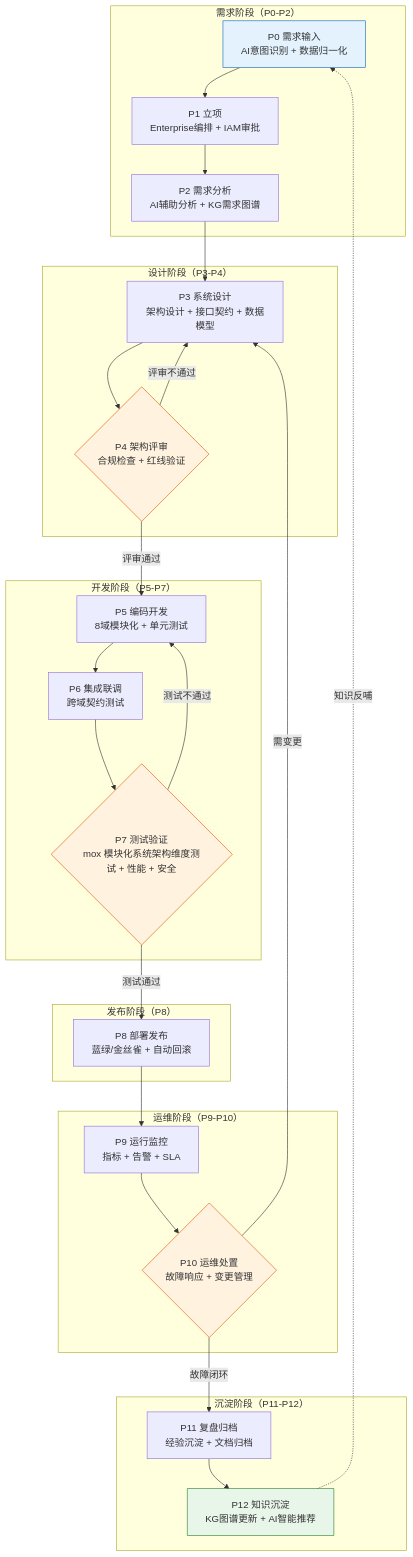
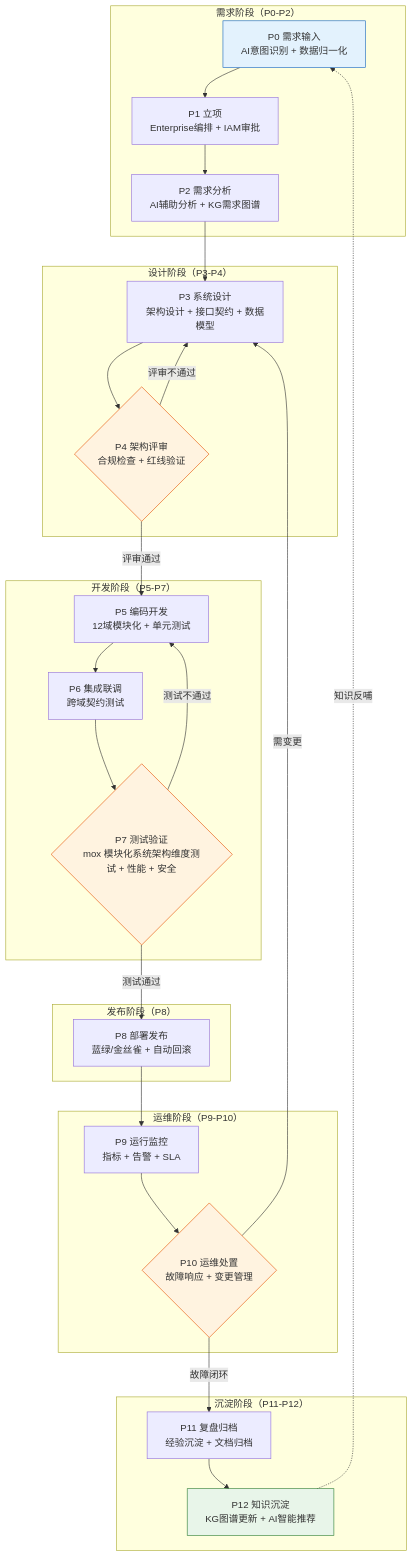
The first of 5 diagrams in docs/architecture/rust-enterprise/02-business-flow.md (aikjx/mox), drawn with Mermaid before and after one commit. The commit also changed 37 other files, not shown here.

Commit message:
docs(architecture): 归一化架构文档并统一端口与域数口径

````diff
--- a/docs/architecture/rust-enterprise/02-business-flow.md
+++ b/docs/architecture/rust-enterprise/02-business-flow.md
@@ -19,51 +19,51 @@
 ```mermaid
 flowchart TD
     subgraph 需求阶段["需求阶段（P0-P2）"]
         P0["P0 需求输入<br/>AI意图识别 + 数据归一化"]
         P1["P1 立项<br/>Enterprise编排 + IAM审批"]
         P2["P2 需求分析<br/>AI辅助分析 + KG需求图谱"]
     end
 
     subgraph 设计阶段["设计阶段（P3-P4）"]
         P3["P3 系统设计<br/>架构设计 + 接口契约 + 数据模型"]
         P4{"P4 架构评审<br/>合规检查 + 红线验证"}
     end
 
     subgraph 开发阶段["开发阶段（P5-P7）"]
-        P5["P5 编码开发<br/>8域模块化 + 单元测试"]
+        P5["P5 编码开发<br/>12域模块化 + 单元测试"]
         P6["P6 集成联调<br/>跨域契约测试"]
         P7{"P7 测试验证<br/>mox 模块化系统架构维度测试 + 性能 + 安全"}
     end
 
     subgraph 发布阶段["发布阶段（P8）"]
         P8["P8 部署发布<br/>蓝绿/金丝雀 + 自动回滚"]
     end
 
     subgraph 运维阶段["运维阶段（P9-P10）"]
         P9["P9 运行监控<br/>指标 + 告警 + SLA"]
         P10{"P10 运维处置<br/>故障响应 + 变更管理"}
     end
 
     subgraph 沉淀阶段["沉淀阶段（P11-P12）"]
         P11["P11 复盘归档<br/>经验沉淀 + 文档归档"]
         P12["P12 知识沉淀<br/>KG图谱更新 + AI智能推荐"]
     end
 
     P0 --> P1 --> P2 --> P3 --> P4
     P4 -->|评审通过| P5
     P4 -->|评审不通过| P3
     P5 --> P6 --> P7
     P7 -->|测试通过| P8
     P7 -->|测试不通过| P5
     P8 --> P9 --> P10
     P10 -->|故障闭环| P11
     P10 -->|需变更| P3
     P11 --> P12
     P12 -.->|知识反哺| P0
 
     style P0 fill:#E3F2FD,stroke:#1565C0
     style P4 fill:#FFF3E0,stroke:#E65100
     style P7 fill:#FFF3E0,stroke:#E65100
     style P10 fill:#FFF3E0,stroke:#E65100
     style P12 fill:#E8F5E9,stroke:#2E7D32
 ```
````
